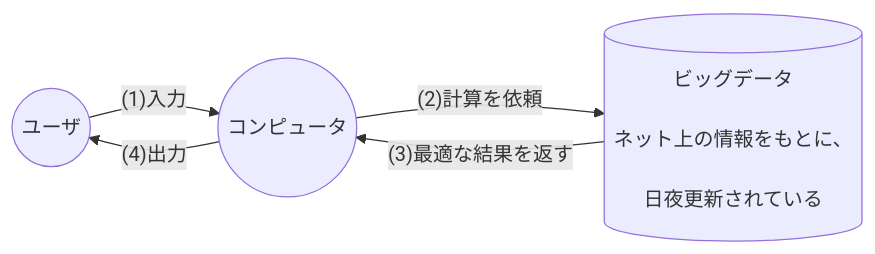
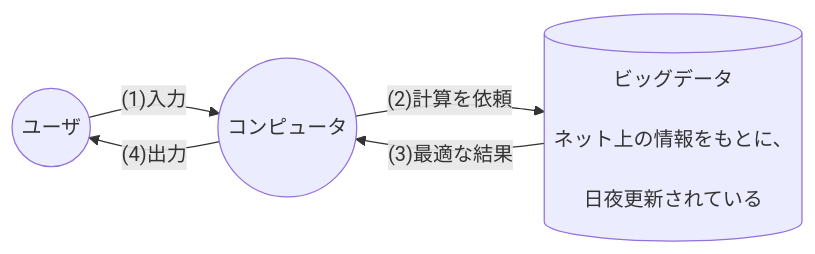
Before and after one commit to 96ENU-kuroinu/Vtuber2-md: the second of 5 diagrams in document/ai.md, drawn with Mermaid. The commit also changed other lines of this file, not shown here.

````diff
--- a/document/ai.md
+++ b/document/ai.md
@@ -69,12 +69,12 @@
         ```mermaid
         graph LR
         ユーザ((ユーザ))
         コンピュータ((コンピュータ))
         ビッグデータ[("ビッグデータ<br>
                     ネット上の情報をもとに、<br>
                     日夜更新されている")]
         ユーザ--"(1)入力"-->コンピュータ
         コンピュータ--"(2)計算を依頼"-->ビッグデータ
-        ビッグデータ--"(3)最適な結果を返す"-->コンピュータ
+        ビッグデータ--"(3)最適な結果"-->コンピュータ
         コンピュータ--"(4)出力"-->ユーザ
         ```
````
